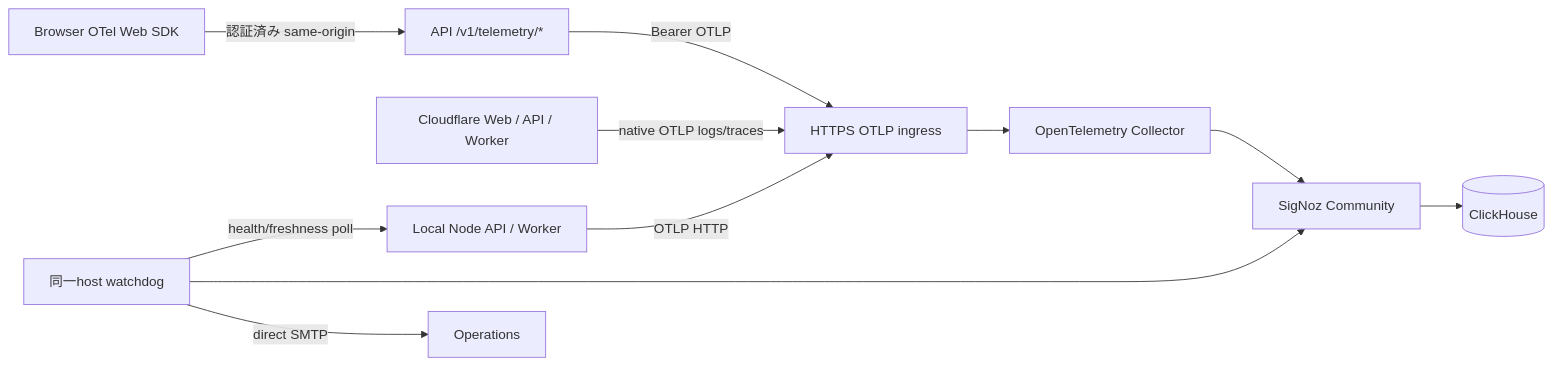
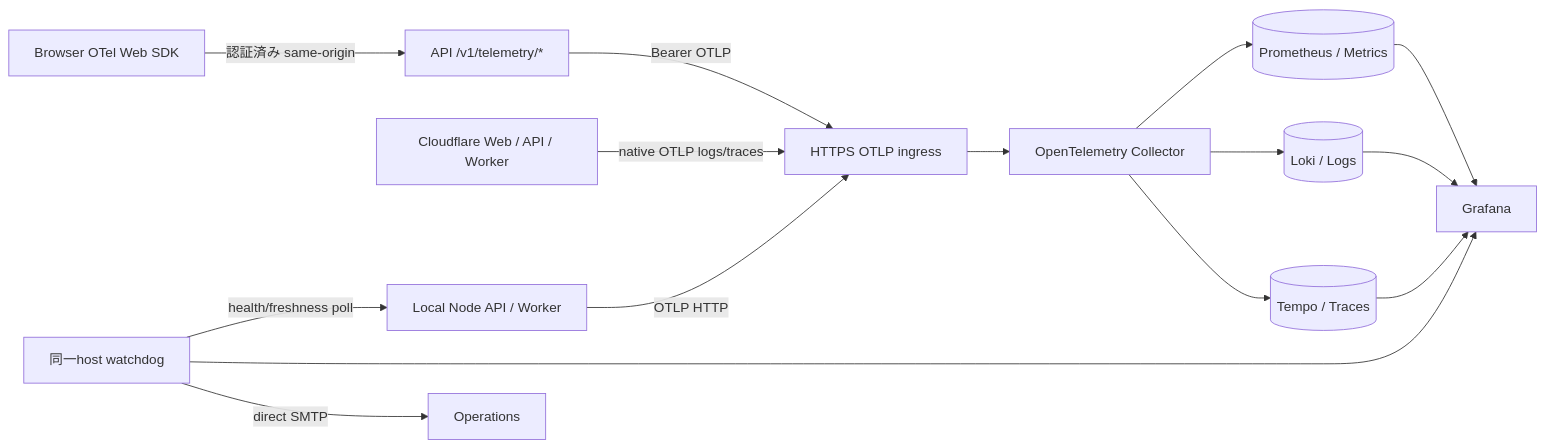
The second of 5 diagrams in docs/design.md (r4ai/news-podcast), drawn with Mermaid before and after one commit. The commit also changed other lines of this file and 4 other files, not shown here.

````diff
--- a/docs/design.md
+++ b/docs/design.md
@@ -92,13 +92,17 @@
 ```mermaid
 flowchart LR
   Browser["Browser OTel Web SDK"] -->|"認証済み same-origin"| Gateway["API /v1/telemetry/*"]
   Cloudflare["Cloudflare Web / API / Worker"] -->|"native OTLP logs/traces"| Ingress["HTTPS OTLP ingress"]
   Node["Local Node API / Worker"] -->|"OTLP HTTP"| Ingress
   Gateway -->|"Bearer OTLP"| Ingress
   Ingress --> Collector["OpenTelemetry Collector"]
-  Collector --> SigNoz["SigNoz Community"]
-  SigNoz --> ClickHouse[("ClickHouse")]
+  Collector --> Prometheus[("Prometheus / Metrics")]
+  Collector --> Loki[("Loki / Logs")]
+  Collector --> Tempo[("Tempo / Traces")]
+  Prometheus --> Grafana["Grafana"]
+  Loki --> Grafana
+  Tempo --> Grafana
   Watchdog["同一host watchdog"] -->|"health/freshness poll"| Node
-  Watchdog --> SigNoz
+  Watchdog --> Grafana
   Watchdog -->|"direct SMTP"| OnCall["Operations"]
 ```
````
